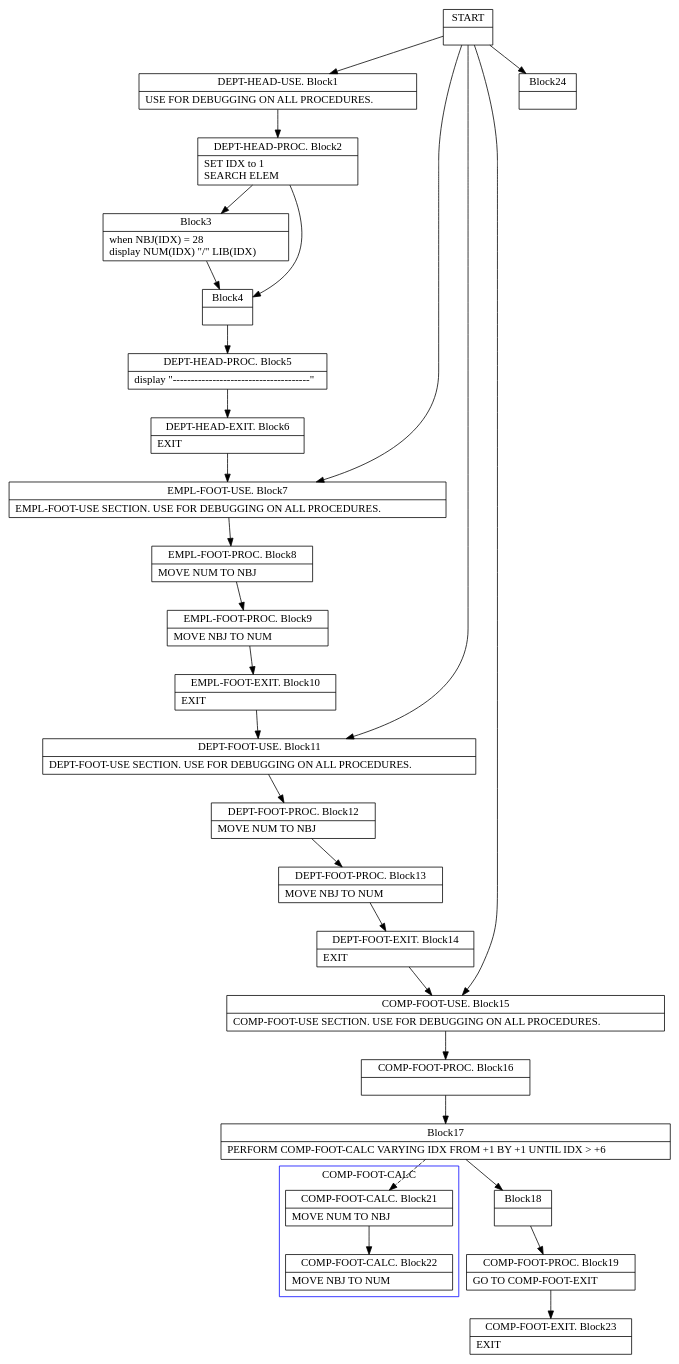
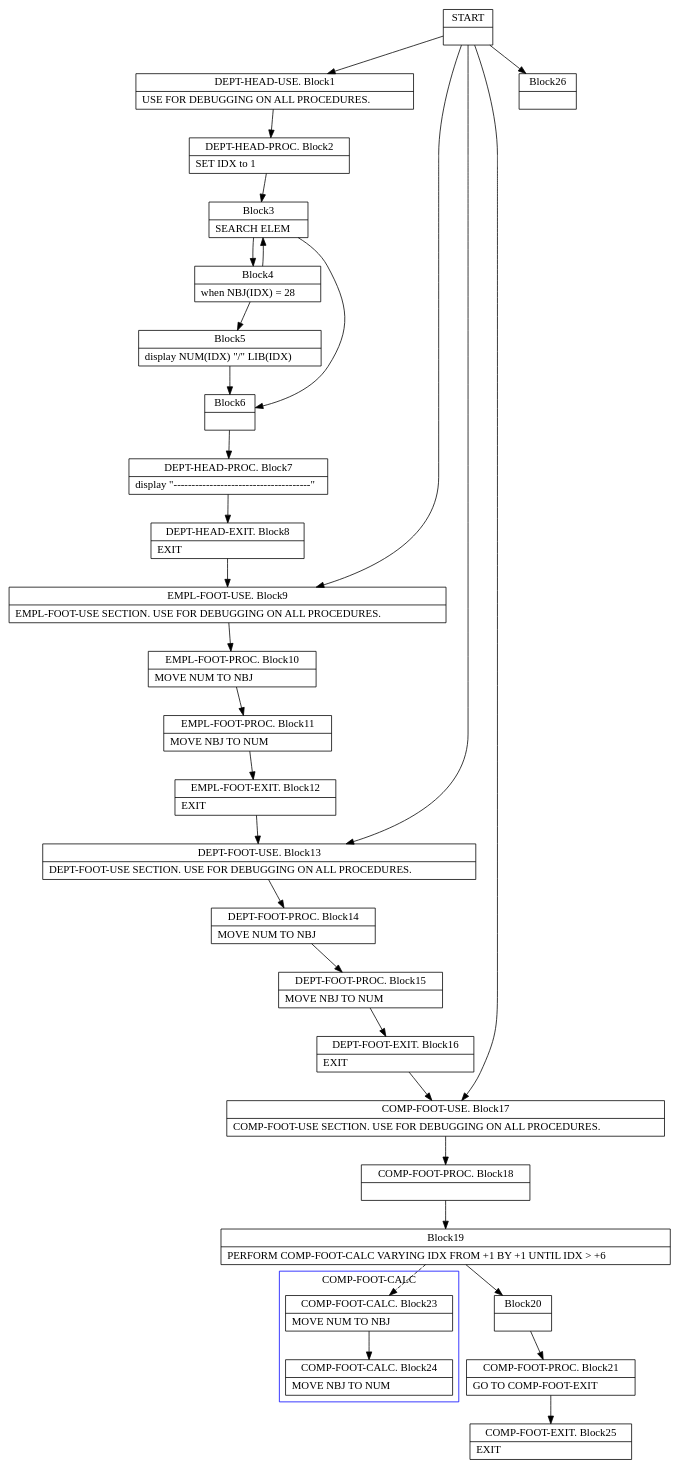
Before and after one commit to TypeCobolTeam/TypeCobol: the diagram in TypeCobol.Analysis.Test/DotOutput/Declaratives1.dot, drawn with Graphviz. The commit also changed 14 other files, not shown here.

Commit message:
WI #1269 Test CFG dot graphs and visualization.

```diff
--- a/TypeCobol.Analysis.Test/DotOutput/Declaratives1.dot
+++ b/TypeCobol.Analysis.Test/DotOutput/Declaratives1.dot
@@ -1,116 +1,125 @@
 digraph Cfg {
 compound=true;
 node [
 shape = "record"
 ]
 
 edge [
 arrowtail = "empty"
 ]
 Block0 [
 label = "{START|}"
 ]
 Block1 [
 label = "{DEPT-HEAD-USE. Block1|    USE FOR DEBUGGING ON ALL PROCEDURES.\l}"
 ]
 Block2 [
-label = "{DEPT-HEAD-PROC. Block2|    SET IDX to 1\l    SEARCH ELEM\l}"
+label = "{DEPT-HEAD-PROC. Block2|    SET IDX to 1\l}"
 ]
 Block3 [
-label = "{Block3|           when NBJ(IDX) = 28\l           display NUM(IDX) \"/\" LIB(IDX)\l}"
+label = "{Block3|    SEARCH ELEM\l}"
 ]
 Block4 [
-label = "{Block4|}"
+label = "{Block4|           when NBJ(IDX) = 28\l}"
 ]
 Block5 [
-label = "{DEPT-HEAD-PROC. Block5|    display \"--------------------------------------\"\l}"
+label = "{Block5|           display NUM(IDX) \"/\" LIB(IDX)\l}"
 ]
 Block6 [
-label = "{DEPT-HEAD-EXIT. Block6|EXIT\l}"
+label = "{Block6|}"
 ]
 Block7 [
-label = "{EMPL-FOOT-USE. Block7|EMPL-FOOT-USE SECTION. USE FOR DEBUGGING ON ALL PROCEDURES.\l}"
+label = "{DEPT-HEAD-PROC. Block7|    display \"--------------------------------------\"\l}"
 ]
 Block8 [
-label = "{EMPL-FOOT-PROC. Block8|MOVE NUM TO NBJ\l}"
+label = "{DEPT-HEAD-EXIT. Block8|EXIT\l}"
 ]
 Block9 [
-label = "{EMPL-FOOT-PROC. Block9|MOVE NBJ TO NUM\l}"
+label = "{EMPL-FOOT-USE. Block9|EMPL-FOOT-USE SECTION. USE FOR DEBUGGING ON ALL PROCEDURES.\l}"
 ]
 Block10 [
-label = "{EMPL-FOOT-EXIT. Block10|EXIT\l}"
+label = "{EMPL-FOOT-PROC. Block10|MOVE NUM TO NBJ\l}"
 ]
 Block11 [
-label = "{DEPT-FOOT-USE. Block11|DEPT-FOOT-USE SECTION. USE FOR DEBUGGING ON ALL PROCEDURES.\l}"
+label = "{EMPL-FOOT-PROC. Block11|MOVE NBJ TO NUM\l}"
 ]
 Block12 [
-label = "{DEPT-FOOT-PROC. Block12|MOVE NUM TO NBJ\l}"
+label = "{EMPL-FOOT-EXIT. Block12|EXIT\l}"
 ]
 Block13 [
-label = "{DEPT-FOOT-PROC. Block13|MOVE NBJ TO NUM\l}"
+label = "{DEPT-FOOT-USE. Block13|DEPT-FOOT-USE SECTION. USE FOR DEBUGGING ON ALL PROCEDURES.\l}"
 ]
 Block14 [
-label = "{DEPT-FOOT-EXIT. Block14|EXIT\l}"
+label = "{DEPT-FOOT-PROC. Block14|MOVE NUM TO NBJ\l}"
 ]
 Block15 [
-label = "{COMP-FOOT-USE. Block15|COMP-FOOT-USE SECTION. USE FOR DEBUGGING ON ALL PROCEDURES.\l}"
+label = "{DEPT-FOOT-PROC. Block15|MOVE NBJ TO NUM\l}"
 ]
 Block16 [
-label = "{COMP-FOOT-PROC. Block16|}"
+label = "{DEPT-FOOT-EXIT. Block16|EXIT\l}"
 ]
 Block17 [
-label = "{Block17|PERFORM COMP-FOOT-CALC  VARYING IDX FROM +1 BY +1  UNTIL IDX \> +6\l}"
+label = "{COMP-FOOT-USE. Block17|COMP-FOOT-USE SECTION. USE FOR DEBUGGING ON ALL PROCEDURES.\l}"
+]
+Block18 [
+label = "{COMP-FOOT-PROC. Block18|}"
+]
+Block19 [
+label = "{Block19|PERFORM COMP-FOOT-CALC  VARYING IDX FROM +1 BY +1  UNTIL IDX \> +6\l}"
 ]
 subgraph cluster_1{
 color = blue;
 label = "COMP-FOOT-CALC";
-Block21 [
-label = "{COMP-FOOT-CALC. Block21|MOVE NUM TO NBJ\l}"
+Block23 [
+label = "{COMP-FOOT-CALC. Block23|MOVE NUM TO NBJ\l}"
 ]
-Block22 [
-label = "{COMP-FOOT-CALC. Block22|MOVE NBJ TO NUM\l}"
+Block24 [
+label = "{COMP-FOOT-CALC. Block24|MOVE NBJ TO NUM\l}"
 ]
-Block21 -> Block22
+Block23 -> Block24
 
 }
-Block17 -> Block21 [style=dashed]
+Block19 -> Block23 [style=dashed]
 
-Block18 [
-label = "{Block18|}"
+Block20 [
+label = "{Block20|}"
 ]
-Block19 [
-label = "{COMP-FOOT-PROC. Block19|GO TO COMP-FOOT-EXIT\l}"
+Block21 [
+label = "{COMP-FOOT-PROC. Block21|GO TO COMP-FOOT-EXIT\l}"
 ]
-Block23 [
-label = "{COMP-FOOT-EXIT. Block23|EXIT\l}"
+Block25 [
+label = "{COMP-FOOT-EXIT. Block25|EXIT\l}"
 ]
-Block24 [
-label = "{Block24|}"
+Block26 [
+label = "{Block26|}"
 ]
 Block0 -> Block1
-Block0 -> Block24
-Block0 -> Block7
-Block0 -> Block11
-Block0 -> Block15
+Block0 -> Block26
+Block0 -> Block9
+Block0 -> Block13
+Block0 -> Block17
 Block1 -> Block2
 Block2 -> Block3
-Block2 -> Block4
 Block3 -> Block4
+Block3 -> Block6
 Block4 -> Block5
+Block4 -> Block3
 Block5 -> Block6
 Block6 -> Block7
 Block7 -> Block8
 Block8 -> Block9
 Block9 -> Block10
 Block10 -> Block11
 Block11 -> Block12
 Block12 -> Block13
 Block13 -> Block14
 Block14 -> Block15
 Block15 -> Block16
 Block16 -> Block17
 Block17 -> Block18
 Block18 -> Block19
-Block19 -> Block23
+Block19 -> Block20
+Block20 -> Block21
+Block21 -> Block25
 
 }
```
